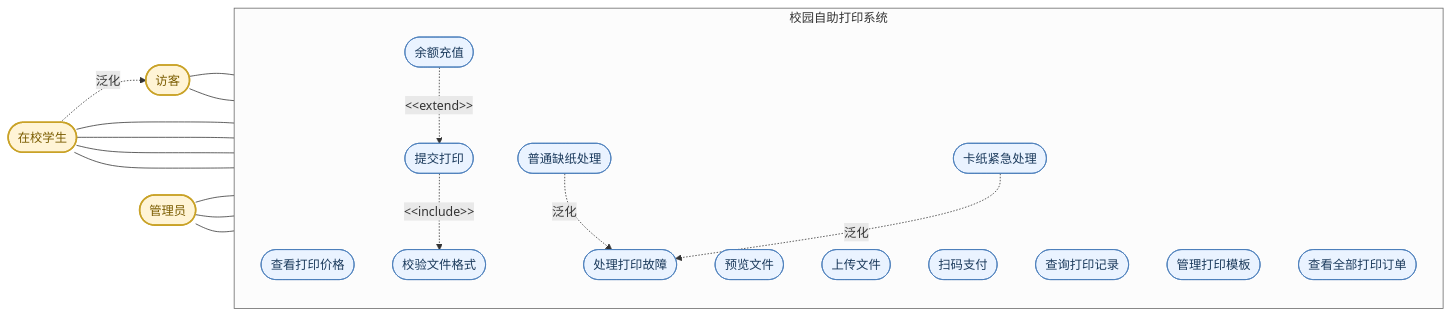
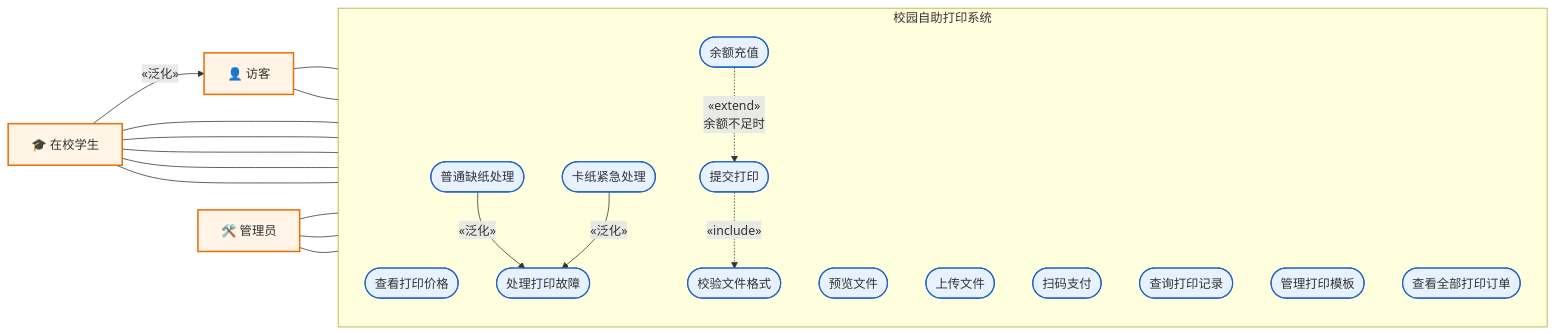
One commit to Aurora-wxy03/iodraw-files changed the diagram in all/未命名-5.md. Above: the diagram before and after it, drawn with Mermaid.

Commit message:
2026-11-23 12:32:55 update

````diff
--- a/all/未命名-5.md
+++ b/all/未命名-5.md
@@ -1,52 +1,53 @@
 ```mermaid
 flowchart LR
     %% ===== 参与者 =====
-    V(["访客"])
-    S(["在校学生"])
-    A(["管理员"])
+    Visitor["👤 访客"]
+    Student["🎓 在校学生"]
+    Admin["🛠️ 管理员"]
 
-    %% 参与者泛化：在校学生 继承 访客
-    S -.->|"泛化"| V
+    %% 参与者泛化：在校学生继承访客的全部用例
+    Student -->|"«泛化»"| Visitor
 
     subgraph SYS["校园自助打印系统"]
         direction TB
+
         UC1(["查看打印价格"])
         UC2(["预览文件"])
         UC3(["上传文件"])
         UC4(["提交打印"])
         UC5(["扫码支付"])
         UC6(["查询打印记录"])
         UC7(["校验文件格式"])
         UC8(["余额充值"])
         UC9(["管理打印模板"])
         UC10(["查看全部打印订单"])
         UC11(["处理打印故障"])
         UC12(["普通缺纸处理"])
         UC13(["卡纸紧急处理"])
 
-        %% 强制步骤：包含关系
-        UC4 -.->|"&lt;&lt;include&gt;&gt;"| UC7
-        %% 余额不足才触发：扩展关系（箭头由扩展用例指向基用例）
-        UC8 -.->|"&lt;&lt;extend&gt;&gt;"| UC4
-        %% 用例泛化：两个子用例 → 父用例
-        UC12 -.->|"泛化"| UC11
-        UC13 -.->|"泛化"| UC11
+        %% 用例泛化
+        UC12 -->|"«泛化»"| UC11
+        UC13 -->|"«泛化»"| UC11
+
+        %% 包含 / 扩展
+        UC4 -.->|"«include»"| UC7
+        UC8 -.->|"«extend»<br/>余额不足时"| UC4
     end
 
-    V --- UC1
-    V --- UC2
-    S --- UC3
-    S --- UC4
-    S --- UC5
-    S --- UC6
-    A --- UC9
-    A --- UC10
-    A --- UC11
+    %% ===== 关联关系 =====
+    Visitor --- UC1
+    Visitor --- UC2
+    Student --- UC3
+    Student --- UC4
+    Student --- UC5
+    Student --- UC6
+    Student --- UC8
+    Admin --- UC9
+    Admin --- UC10
+    Admin --- UC11
 
-    classDef actor fill:#FFF4D6,stroke:#C9A227,stroke-width:2px,color:#7A5C00
-    classDef uc fill:#EAF3FF,stroke:#4A7EBB,color:#1B3A5C
-    class V,S,A actor
+    classDef actor fill:#FFF4E5,stroke:#E8710A,stroke-width:2px,color:#333
+    classDef uc fill:#E8F1FF,stroke:#1E63C7,stroke-width:1.5px,color:#333
+    class Visitor,Student,Admin actor
     class UC1,UC2,UC3,UC4,UC5,UC6,UC7,UC8,UC9,UC10,UC11,UC12,UC13 uc
-    style SYS fill:#FCFCFC,stroke:#666666
-
 ```
````
